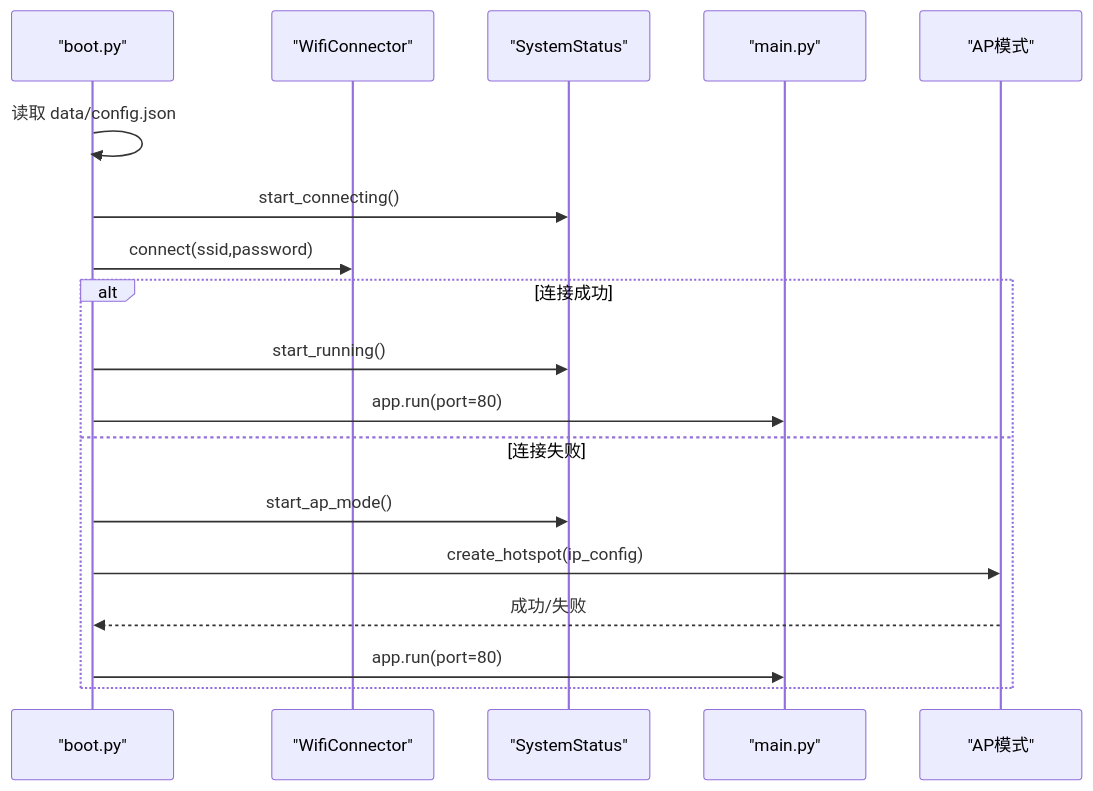
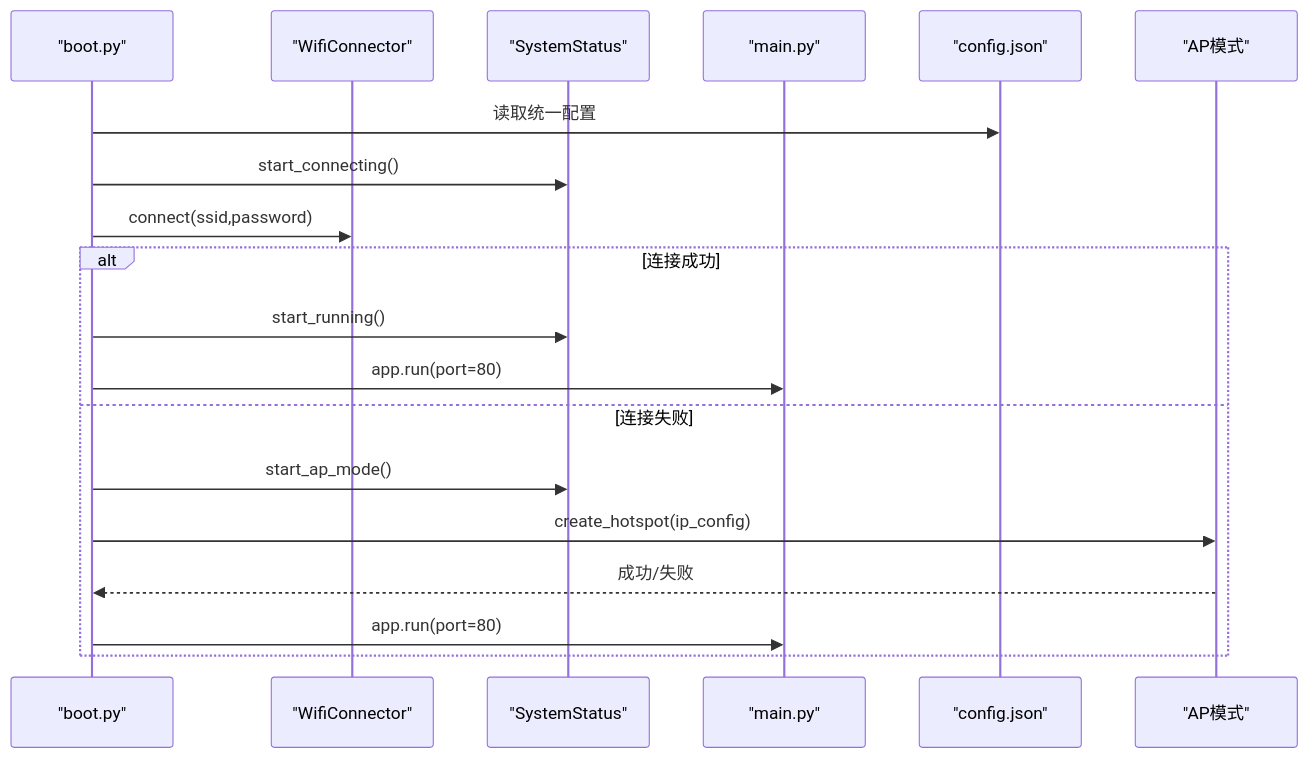
The second of 3 diagrams in .qoder/repowiki/zh/content/部署运维/软件配置.md (qq20739111/weilushishe-lishitai), drawn with Mermaid before and after one commit. The commit also changed other lines of this file and 23 other files, not shown here.

````diff
--- a/.qoder/repowiki/zh/content/部署运维/软件配置.md
+++ b/.qoder/repowiki/zh/content/部署运维/软件配置.md
@@ -84,20 +97,21 @@
 ```mermaid
 sequenceDiagram
 participant Boot as "boot.py"
 participant WC as "WifiConnector"
 participant SS as "SystemStatus"
 participant Main as "main.py"
+participant Config as "config.json"
 participant AP as "AP模式"
-Boot->>Boot : 读取 data/config.json
+Boot->>Config : 读取统一配置
 Boot->>SS : start_connecting()
 Boot->>WC : connect(ssid,password)
 alt 连接成功
 Boot->>SS : start_running()
 Boot->>Main : app.run(port=80)
 else 连接失败
 Boot->>SS : start_ap_mode()
 Boot->>AP : create_hotspot(ip_config)
 AP-->>Boot : 成功/失败
 Boot->>Main : app.run(port=80)
 end
 ```
````
